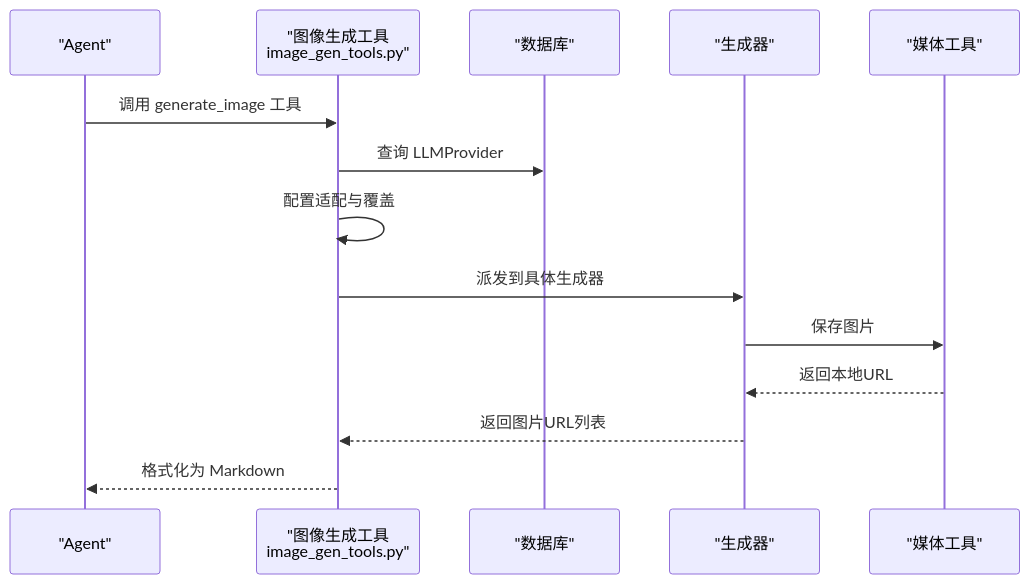
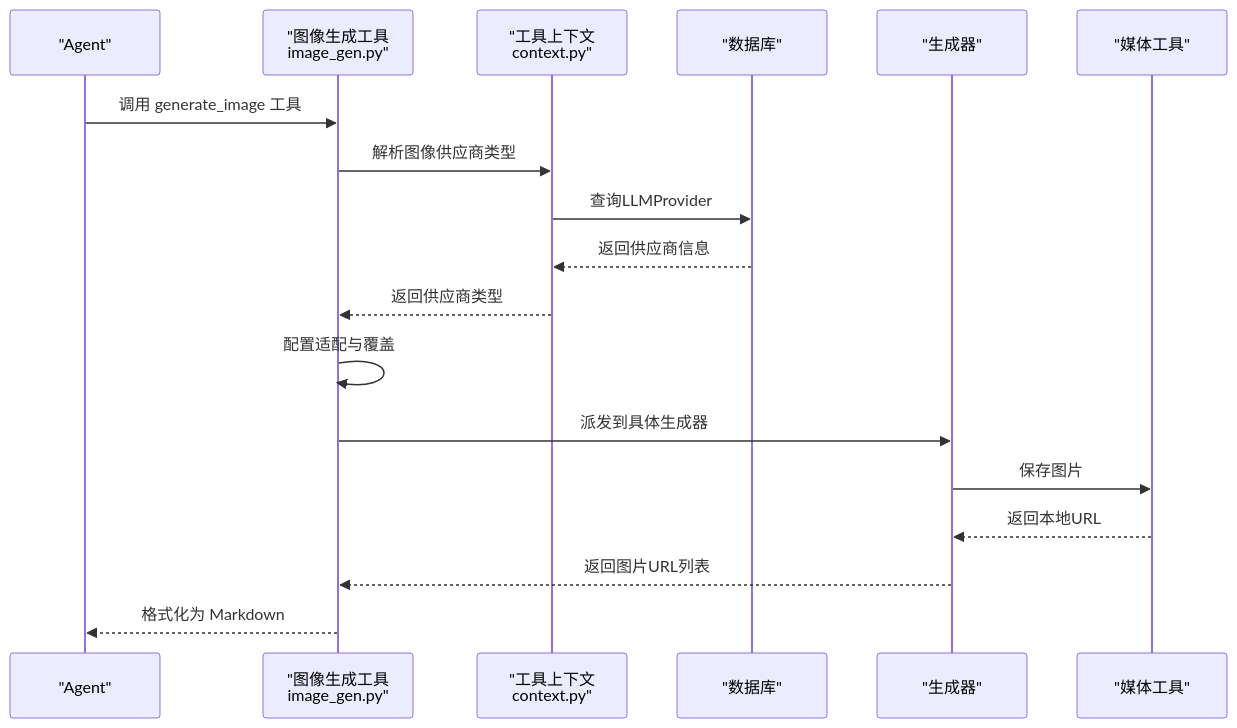
The fifth of 9 diagrams in .qoder/repowiki/zh/content/后端服务架构/业务服务层/媒体生成服务/图像生成系统.md (KunLabAI/KunFlix), drawn with Mermaid before and after one commit. The commit also changed other lines of this file and 13 other files, not shown here.

````diff
--- a/.qoder/repowiki/zh/content/后端服务架构/业务服务层/媒体生成服务/图像生成系统.md
+++ b/.qoder/repowiki/zh/content/后端服务架构/业务服务层/媒体生成服务/图像生成系统.md
@@ -216,16 +246,20 @@
 ```mermaid
 sequenceDiagram
 participant Agent as "Agent"
-participant Tool as "图像生成工具<br/>image_gen_tools.py"
+participant Tool as "图像生成工具<br/>image_gen.py"
+participant Context as "工具上下文<br/>context.py"
 participant DB as "数据库"
 participant Gen as "生成器"
 participant Media as "媒体工具"
 Agent->>Tool : 调用 generate_image 工具
-Tool->>DB : 查询 LLMProvider
+Tool->>Context : 解析图像供应商类型
+Context->>DB : 查询LLMProvider
+DB-->>Context : 返回供应商信息
+Context-->>Tool : 返回供应商类型
 Tool->>Tool : 配置适配与覆盖
 Tool->>Gen : 派发到具体生成器
 Gen->>Media : 保存图片
 Media-->>Gen : 返回本地URL
 Gen-->>Tool : 返回图片URL列表
 Tool-->>Agent : 格式化为 Markdown
 ```
````
